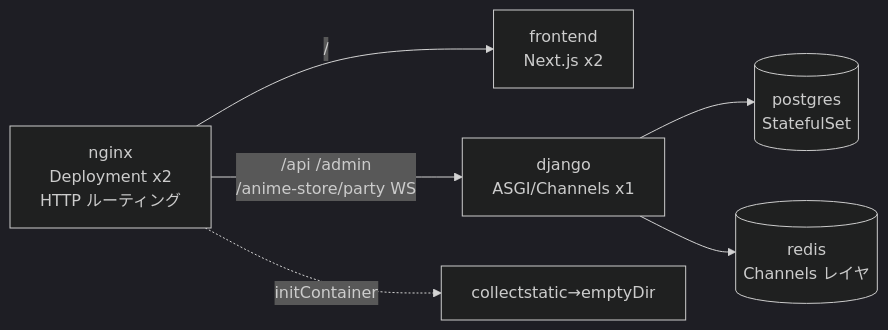
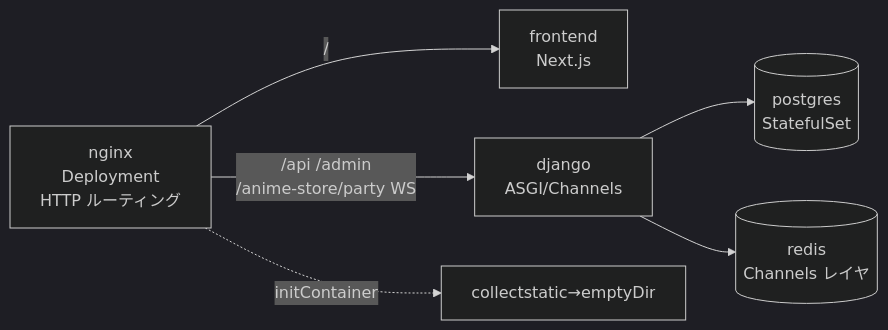
Before and after one commit to d-party/d-party: the second of 5 diagrams in infra/README.md, drawn with Mermaid (dark theme). The commit also changed other lines of this file and 6 other files, not shown here.

Commit message:
docs(infra): README とコメントを chart の実態に合わせる (#172)

````diff
--- a/infra/README.md
+++ b/infra/README.md
@@ -99,8 +99,8 @@
 ```mermaid
 flowchart LR
-    NGINX[nginx<br/>Deployment x2<br/>HTTP ルーティング] -->|/| FE[frontend<br/>Next.js x2]
-    NGINX -->|/api /admin<br/>/anime-store/party WS| DJ[django<br/>ASGI/Channels x1]
+    NGINX[nginx<br/>Deployment<br/>HTTP ルーティング] -->|/| FE[frontend<br/>Next.js]
+    NGINX -->|/api /admin<br/>/anime-store/party WS| DJ[django<br/>ASGI/Channels]
     DJ --> PG[(postgres<br/>StatefulSet)]
     DJ --> RD[(redis<br/>Channels レイヤ)]
     NGINX -. initContainer .-> ST[collectstatic→emptyDir]
 ```
````
